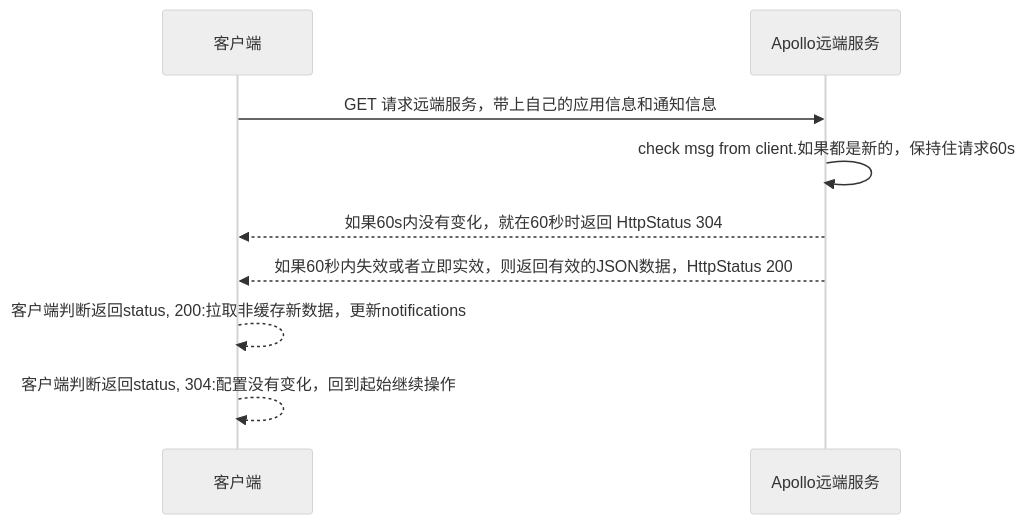
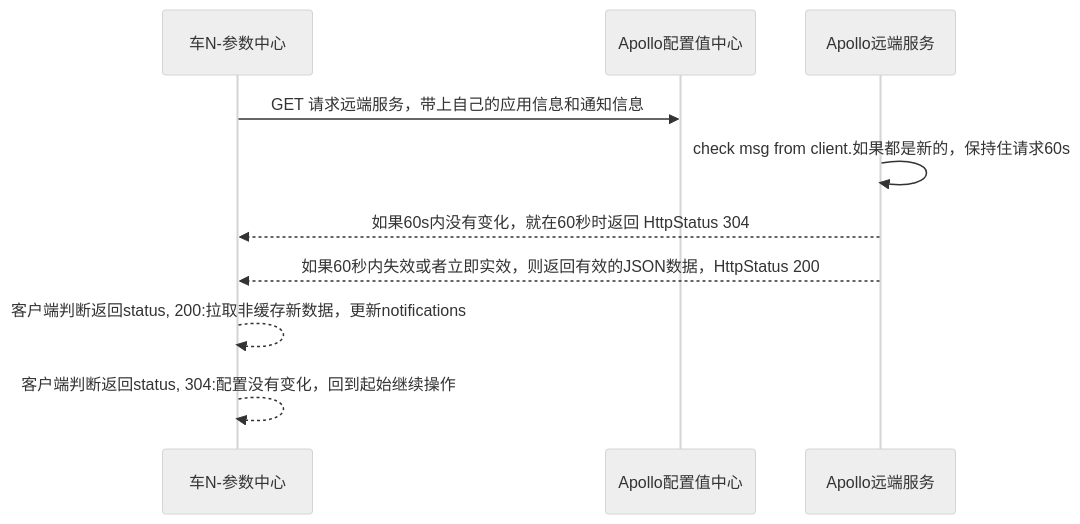
One commit to KanonWY/apollo_cpp changed the second of 2 diagrams in README.md. Above: the diagram before and after it, drawn with Mermaid (neutral theme). The commit also changed 3 other files, not shown here.

````diff
--- a/README.md
+++ b/README.md
@@ -90,9 +90,9 @@
 ```mermaid
 sequenceDiagram
-客户端 ->> Apollo远端服务: GET 请求远端服务，带上自己的应用信息和通知信息
+车N-参数中心 ->> Apollo配置值中心: GET 请求远端服务，带上自己的应用信息和通知信息
 Apollo远端服务 ->> Apollo远端服务: check msg from client.如果都是新的，保持住请求60s
-Apollo远端服务 -->> 客户端: 如果60s内没有变化，就在60秒时返回 HttpStatus 304
-Apollo远端服务 -->> 客户端: 如果60秒内失效或者立即实效，则返回有效的JSON数据，HttpStatus 200
-客户端 -->> 客户端: 客户端判断返回status, 200:拉取非缓存新数据，更新notifications
-客户端 -->> 客户端: 客户端判断返回status, 304:配置没有变化，回到起始继续操作
+Apollo远端服务 -->> 车N-参数中心: 如果60s内没有变化，就在60秒时返回 HttpStatus 304
+Apollo远端服务 -->> 车N-参数中心: 如果60秒内失效或者立即实效，则返回有效的JSON数据，HttpStatus 200
+车N-参数中心 -->> 车N-参数中心: 客户端判断返回status, 200:拉取非缓存新数据，更新notifications
+车N-参数中心 -->> 车N-参数中心: 客户端判断返回status, 304:配置没有变化，回到起始继续操作
 ```
````
